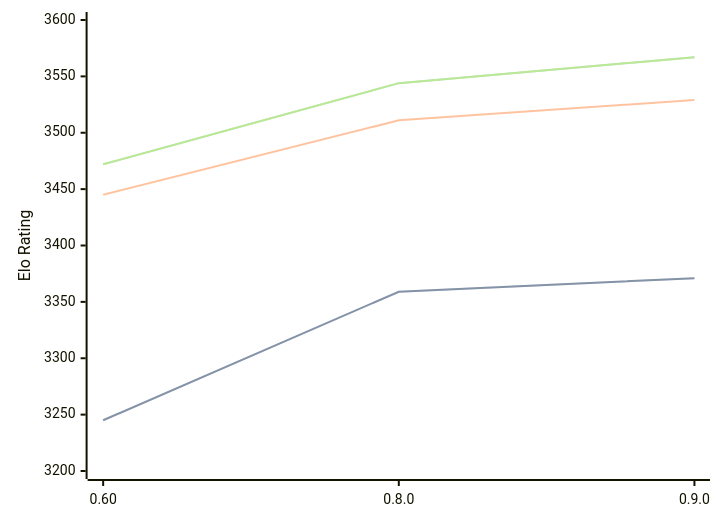
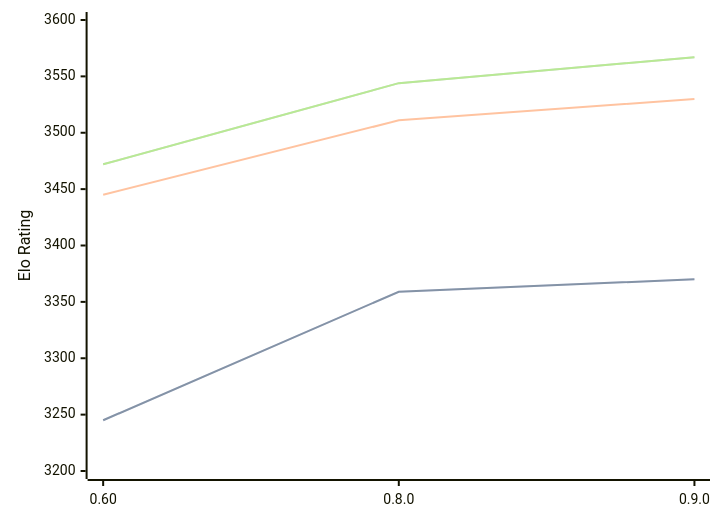
One commit to computer-chess-index/cci changed the diagram in engines/Motor.md. Above: the diagram before and after it, drawn with Mermaid. The commit also changed other lines of this file, not shown here.

Commit message:
Update CCI Ratings (ELO VLTC) - 2026-02-19

````diff
--- a/engines/Motor.md
+++ b/engines/Motor.md
@@ -36,11 +36,11 @@
 ```mermaid
 %%{init: {"theme":"base","themeVariables":{"seriesColors:['#a3a3a3','#222221','#faa371']}}}%%
 xychart-beta
   x-axis ["0.60", "0.8.0", "0.9.0"]
   y-axis "Elo Rating" 3200 --> 3600
-  line "STC (8.0+0.08s)" [3245, 3359, 3371]
-  line "STC (8.0+0.08s)" [3245, 3359, 3371]
-  line "LTC (60.0+0.60s)" [3445, 3511, 3529]
+  line "STC (8.0+0.08s)" [3245, 3359, 3370]
+  line "STC (8.0+0.08s)" [3245, 3359, 3370]
+  line "LTC (60.0+0.60s)" [3445, 3511, 3530]
   line "VLTC (2m24s+1.12s)" [3472, 3544, 3567]
   line "VLTC (2m24s+1.12s)" [3472, 3544, 3567]
 ```
````
